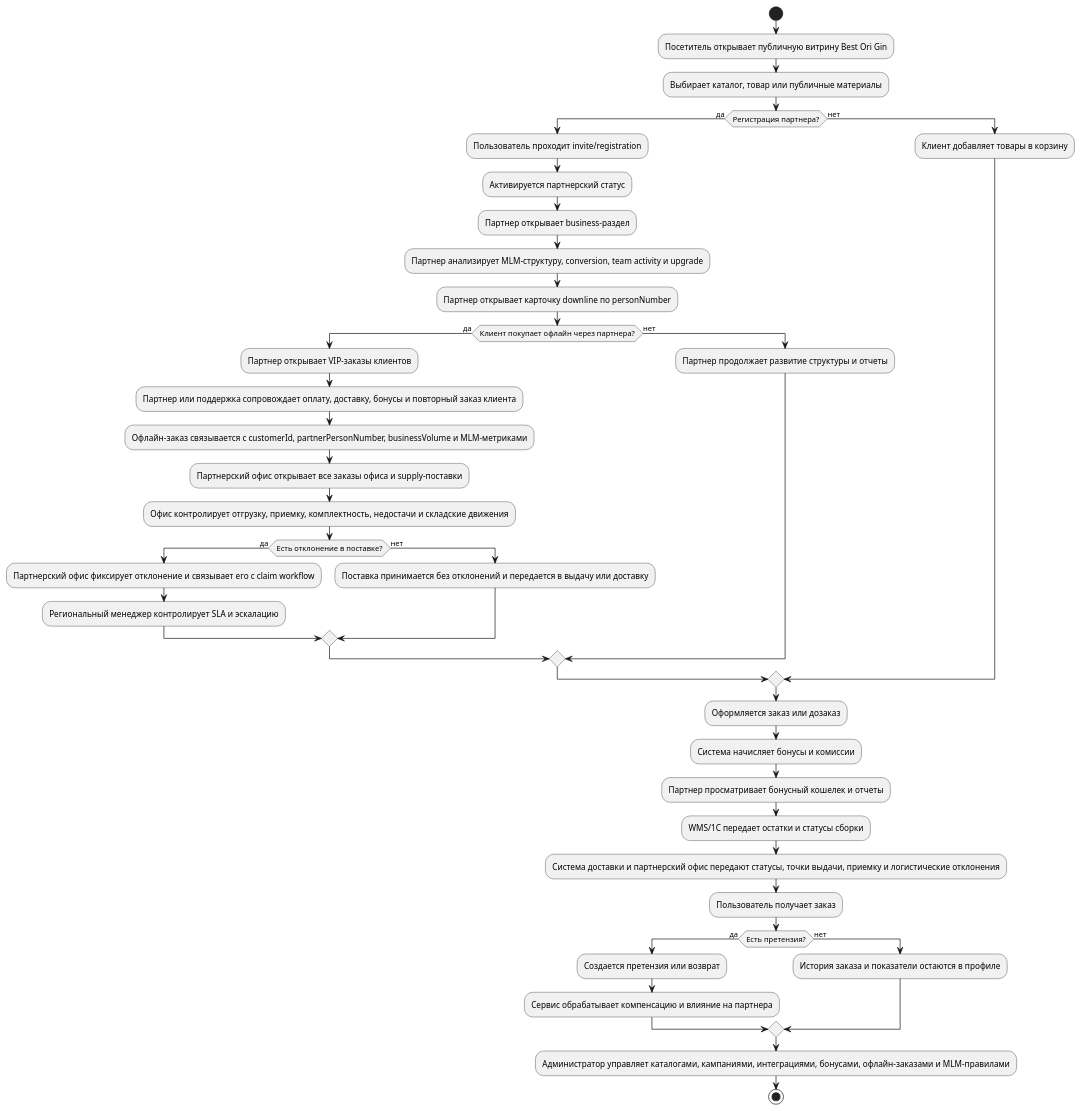
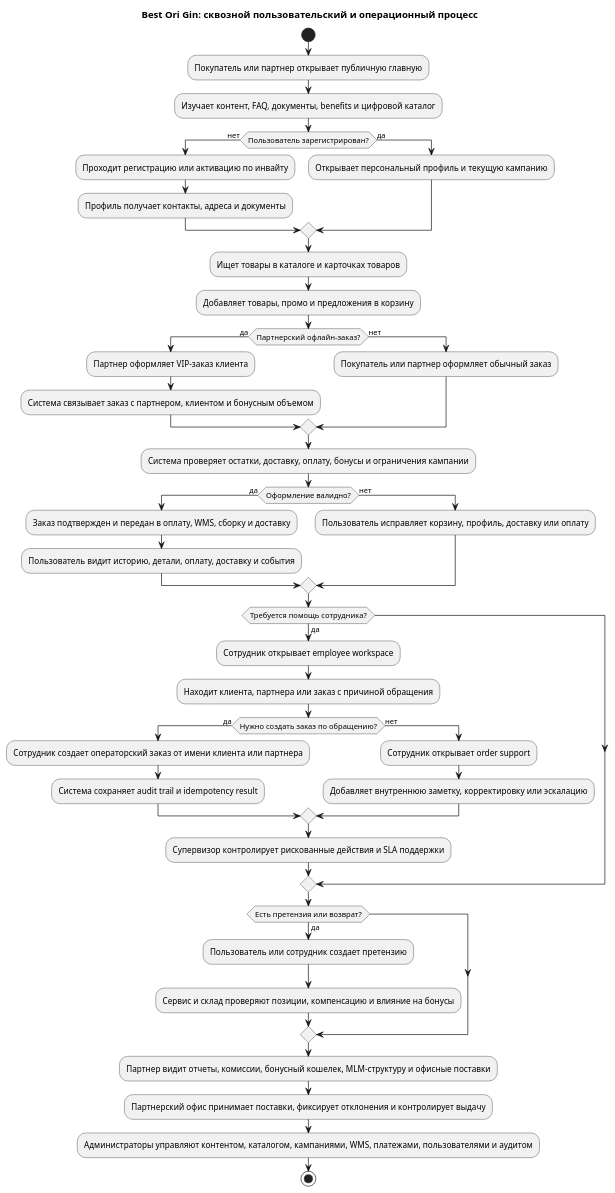
The diagram in agents/analytics/ba/end_to_end/end_to_end_process_bpmn.plantuml (alextaralexander/ai_ori_test), drawn with PlantUML before and after one commit. The commit also changed 50 other files, not shown here.

Commit message:
agents_app2: complete feature #19 сотрудник_новый_заказ_и_поддержка

```diff
--- a/agents/analytics/ba/end_to_end/end_to_end_process_bpmn.plantuml
+++ b/agents/analytics/ba/end_to_end/end_to_end_process_bpmn.plantuml
@@ -1,44 +1,49 @@
 @startuml
-' Best Ori Gin product-level end-to-end process, not delivery workflow.
+' End-to-end product process for Best Ori Gin platform. This is product behavior, not delivery workflow.
+title Best Ori Gin: сквозной пользовательский и операционный процесс
+
 start
-:Посетитель открывает публичную витрину Best Ori Gin;
-:Выбирает каталог, товар или публичные материалы;
-if (Регистрация партнера?) then (да)
-  :Пользователь проходит invite/registration;
-  :Активируется партнерский статус;
-  :Партнер открывает business-раздел;
-  :Партнер анализирует MLM-структуру, conversion, team activity и upgrade;
-  :Партнер открывает карточку downline по personNumber;
-  if (Клиент покупает офлайн через партнера?) then (да)
-    :Партнер открывает VIP-заказы клиентов;
-    :Партнер или поддержка сопровождает оплату, доставку, бонусы и повторный заказ клиента;
-    :Офлайн-заказ связывается с customerId, partnerPersonNumber, businessVolume и MLM-метриками;
-    :Партнерский офис открывает все заказы офиса и supply-поставки;
-    :Офис контролирует отгрузку, приемку, комплектность, недостачи и складские движения;
-    if (Есть отклонение в поставке?) then (да)
-      :Партнерский офис фиксирует отклонение и связывает его с claim workflow;
-      :Региональный менеджер контролирует SLA и эскалацию;
-    else (нет)
-      :Поставка принимается без отклонений и передается в выдачу или доставку;
-    endif
+:Покупатель или партнер открывает публичную главную;
+:Изучает контент, FAQ, документы, benefits и цифровой каталог;
+if (Пользователь зарегистрирован?) then (нет)
+  :Проходит регистрацию или активацию по инвайту;
+  :Профиль получает контакты, адреса и документы;
+else (да)
+  :Открывает персональный профиль и текущую кампанию;
+endif
+:Ищет товары в каталоге и карточках товаров;
+:Добавляет товары, промо и предложения в корзину;
+if (Партнерский офлайн-заказ?) then (да)
+  :Партнер оформляет VIP-заказ клиента;
+  :Система связывает заказ с партнером, клиентом и бонусным объемом;
+else (нет)
+  :Покупатель или партнер оформляет обычный заказ;
+endif
+:Система проверяет остатки, доставку, оплату, бонусы и ограничения кампании;
+if (Оформление валидно?) then (да)
+  :Заказ подтвержден и передан в оплату, WMS, сборку и доставку;
+  :Пользователь видит историю, детали, оплату, доставку и события;
+else (нет)
+  :Пользователь исправляет корзину, профиль, доставку или оплату;
+endif
+if (Требуется помощь сотрудника?) then (да)
+  :Сотрудник открывает employee workspace;
+  :Находит клиента, партнера или заказ с причиной обращения;
+  if (Нужно создать заказ по обращению?) then (да)
+    :Сотрудник создает операторский заказ от имени клиента или партнера;
+    :Система сохраняет audit trail и idempotency result;
   else (нет)
-    :Партнер продолжает развитие структуры и отчеты;
+    :Сотрудник открывает order support;
+    :Добавляет внутреннюю заметку, корректировку или эскалацию;
   endif
-else (нет)
-  :Клиент добавляет товары в корзину;
+  :Супервизор контролирует рискованные действия и SLA поддержки;
 endif
-:Оформляется заказ или дозаказ;
-:Система начисляет бонусы и комиссии;
-:Партнер просматривает бонусный кошелек и отчеты;
-:WMS/1C передает остатки и статусы сборки;
-:Система доставки и партнерский офис передают статусы, точки выдачи, приемку и логистические отклонения;
-:Пользователь получает заказ;
-if (Есть претензия?) then (да)
-  :Создается претензия или возврат;
-  :Сервис обрабатывает компенсацию и влияние на партнера;
-else (нет)
-  :История заказа и показатели остаются в профиле;
+if (Есть претензия или возврат?) then (да)
+  :Пользователь или сотрудник создает претензию;
+  :Сервис и склад проверяют позиции, компенсацию и влияние на бонусы;
 endif
-:Администратор управляет каталогами, кампаниями, интеграциями, бонусами, офлайн-заказами и MLM-правилами;
+:Партнер видит отчеты, комиссии, бонусный кошелек, MLM-структуру и офисные поставки;
+:Партнерский офис принимает поставки, фиксирует отклонения и контролирует выдачу;
+:Администраторы управляют контентом, каталогом, кампаниями, WMS, платежами, пользователями и аудитом;
 stop
 @enduml
```
